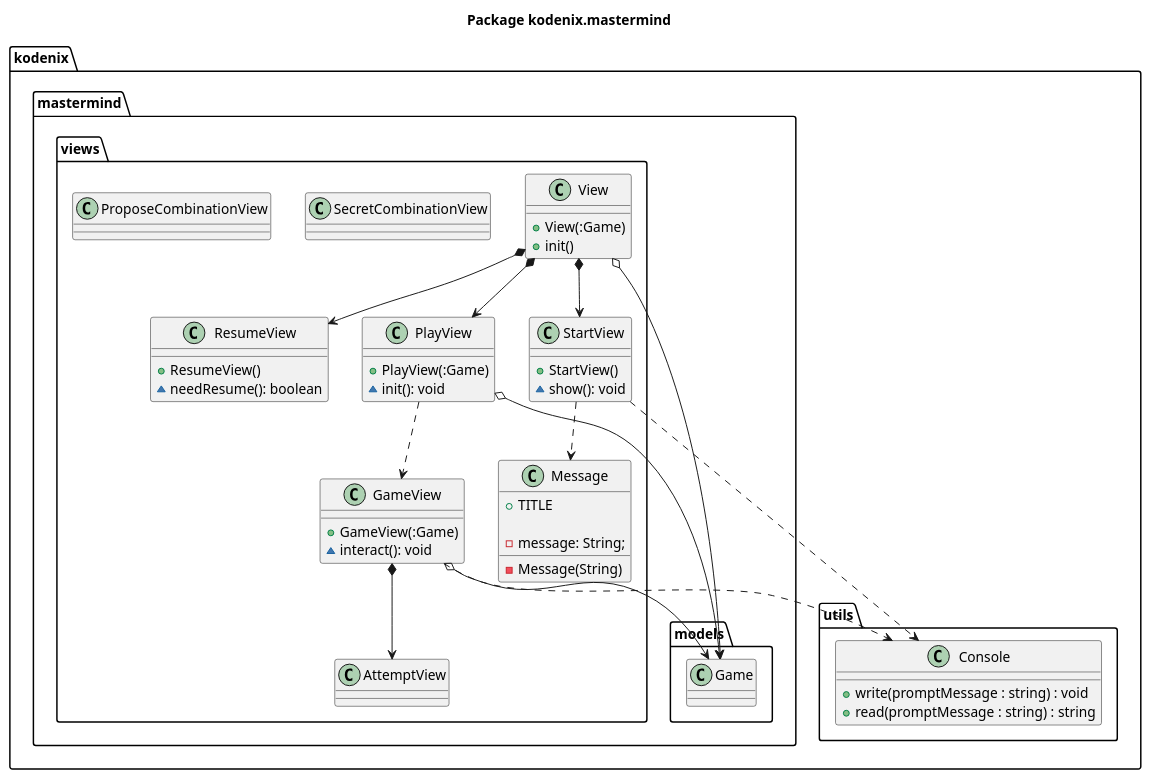
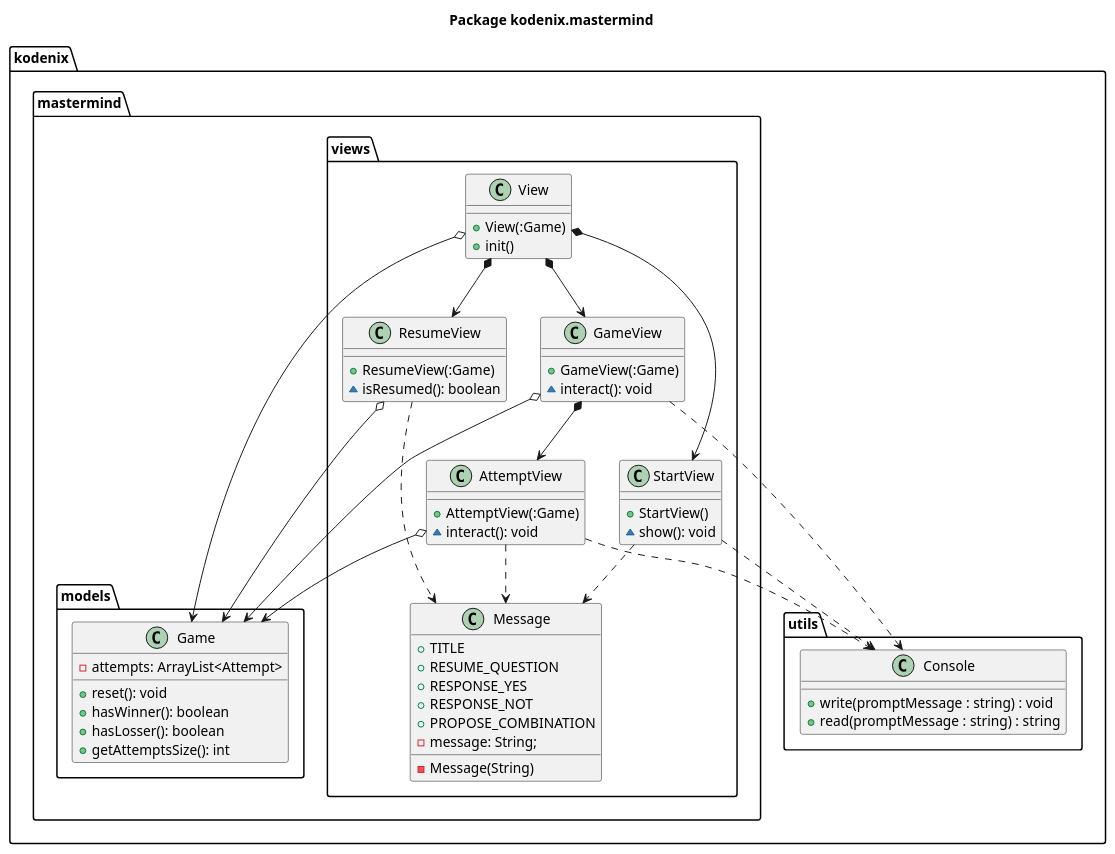
One commit to Master-Desarrollo-20-21/diseno-oo-ejercicio2-mastermind-document-view-kodenix changed the diagram in docs/diagrams/src/paquetes/kodenix.mastermind.views.plantuml. Above: the diagram before and after it, drawn with PlantUML. The commit also changed 9 other files, not shown here.

```diff
--- a/docs/diagrams/src/paquetes/kodenix.mastermind.views.plantuml
+++ b/docs/diagrams/src/paquetes/kodenix.mastermind.views.plantuml
@@ -1,65 +1,73 @@
 @startuml package-mastermind
 title Package kodenix.mastermind 
 
 package kodenix.mastermind.views {
     class View {
         +View(:Game)
         +init()
     }
     class StartView {
         +StartView()
         ~show(): void
     }
-    class PlayView {
-        +PlayView(:Game)
-        ~init(): void
+    class ResumeView {
+        +ResumeView(:Game)
+        ~isResumed(): boolean
     }
     class GameView {
         +GameView(:Game)
         ~interact(): void
     }
-    class ResumeView {
-        +ResumeView()
-        ~needResume(): boolean
+    class AttemptView {
+        +AttemptView(:Game)
+        ~interact(): void
     }
-    class AttemptView {}
-    class SecretCombinationView {}
-    class ProposeCombinationView {}
-    
     class Message {
         +TITLE
-
+        +RESUME_QUESTION
+        +RESPONSE_YES
+        +RESPONSE_NOT
+        +PROPOSE_COMBINATION
         -message: String;
         -Message(String)
     }
     
     View *-down-> StartView
-    View *-down-> PlayView
+    View *-down-> GameView
     View *-down-> ResumeView
-    PlayView .down.> GameView
     GameView *-down-> AttemptView
     GameView .down.> kodenix.utils.Console
     StartView .down.> kodenix.utils.Console
     StartView .down.> Message
+    ResumeView .down.> Message
+    AttemptView .down.> Message
+    AttemptView .down.> kodenix.utils.Console
 
-
+    
     View o--> kodenix.mastermind.models.Game
-    PlayView o--> kodenix.mastermind.models.Game
     GameView o--> kodenix.mastermind.models.Game
+    ResumeView o--> kodenix.mastermind.models.Game
+    AttemptView o--> kodenix.mastermind.models.Game
 }
 
 package kodenix.mastermind.models {
-    class Game {}
+    class Game {
+        -attempts: ArrayList<Attempt>
+        +reset(): void
+        +hasWinner(): boolean
+        +hasLosser(): boolean
+        +getAttemptsSize(): int
+    }
 }
 
 package kodenix.utils {
     class Console {
         +write(promptMessage : string) : void
         +read(promptMessage : string) : string
     }
 }
 
 
 
 
 @enduml
```
